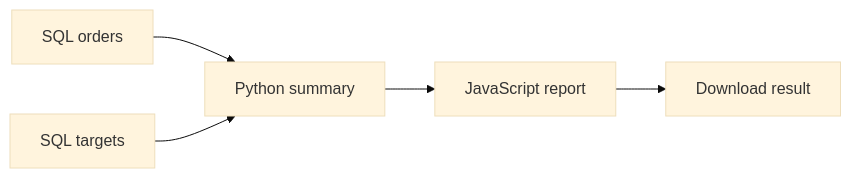
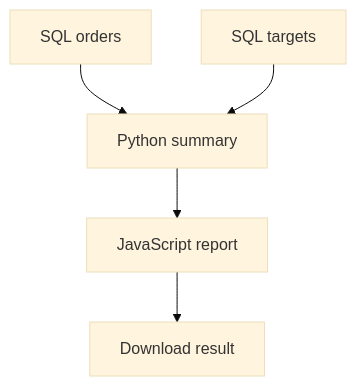
Before and after one commit to haowen-ai/sleep-in: the diagram in README.md, drawn with Mermaid (base theme). The commit also changed 27 other files, not shown here.

````diff
--- a/README.md
+++ b/README.md
@@ -15,7 +15,7 @@
 ```mermaid
-flowchart LR
+flowchart TD
   A[SQL orders] --> C[Python summary]
   B[SQL targets] --> C
   C --> D[JavaScript report]
   D --> E[Download result]
 ```
````
